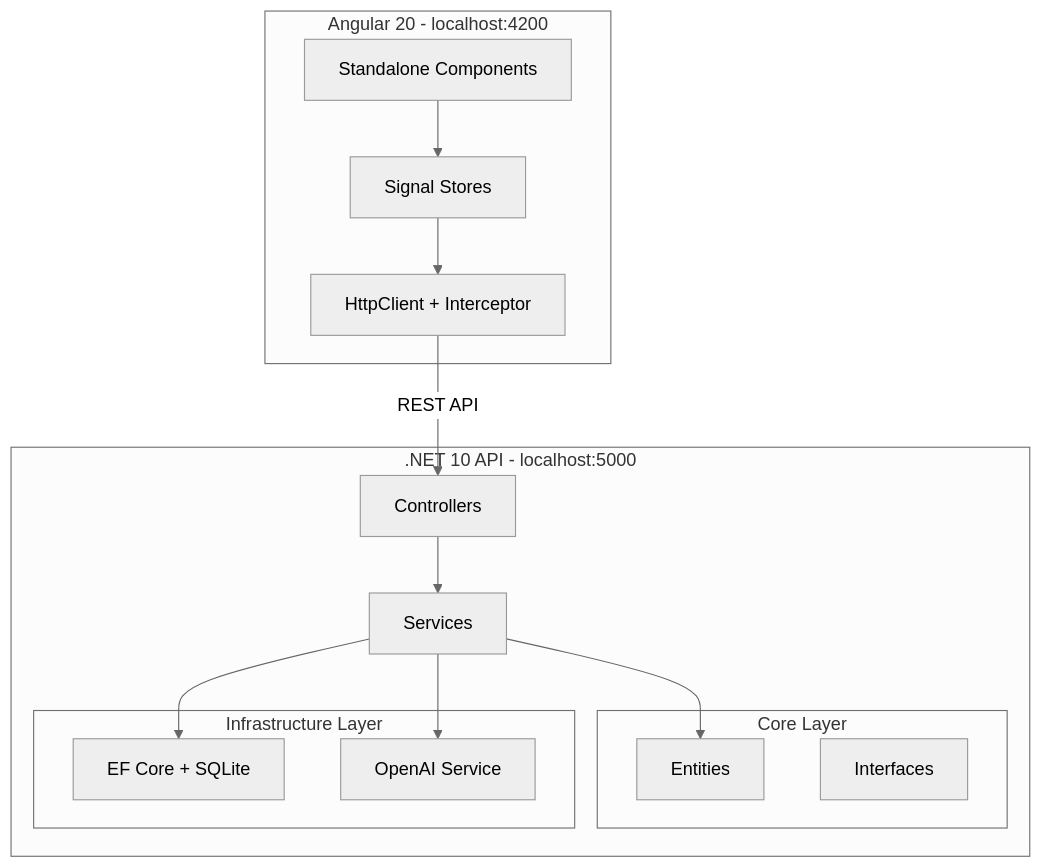
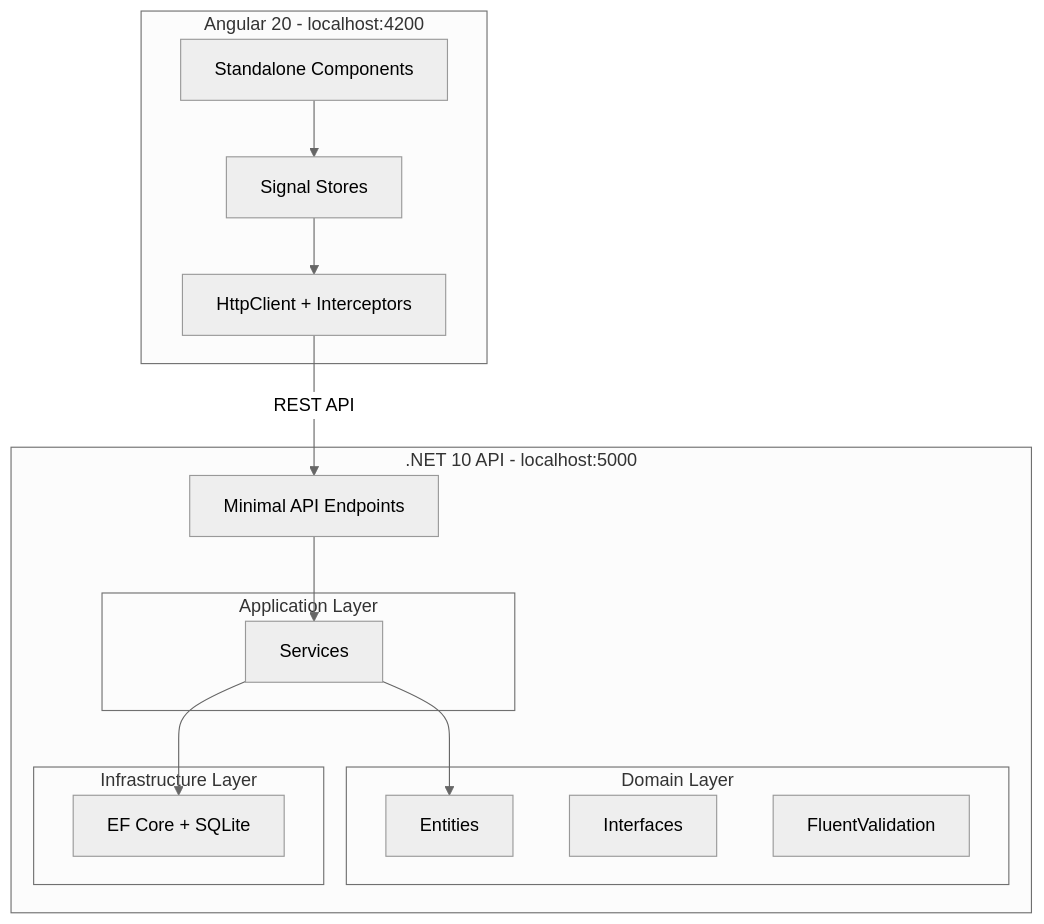
One commit to dlondono-applaudo/kudos-app changed the diagram in README.md. Above: the diagram before and after it, drawn with Mermaid (neutral theme). The commit also changed other lines of this file and 4 other files, not shown here.

````diff
--- a/README.md
+++ b/README.md
@@ -33,29 +34,30 @@
 ```mermaid
 graph TD
     subgraph Frontend["Angular 20 - localhost:4200"]
         UI[Standalone Components]
         Signals[Signal Stores]
-        HTTP[HttpClient + Interceptor]
+        HTTP[HttpClient + Interceptors]
     end
 
     subgraph Backend[".NET 10 API - localhost:5000"]
-        Controllers[Controllers]
-        Services[Services]
-        subgraph Core["Core Layer"]
+        Endpoints[Minimal API Endpoints]
+        subgraph Application["Application Layer"]
+            Services[Services]
+        end
+        subgraph Domain["Domain Layer"]
             Entities[Entities]
             Interfaces[Interfaces]
+            Validators[FluentValidation]
         end
         subgraph Infra["Infrastructure Layer"]
             EF[EF Core + SQLite]
-            OpenAI[OpenAI Service]
         end
     end
 
     UI --> Signals
     Signals --> HTTP
-    HTTP -->|REST API| Controllers
-    Controllers --> Services
+    HTTP -->|REST API| Endpoints
+    Endpoints --> Services
     Services --> Entities
     Services --> EF
-    Services --> OpenAI
 ```
````
